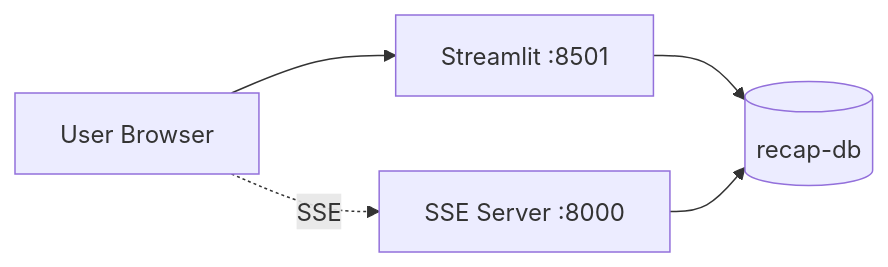
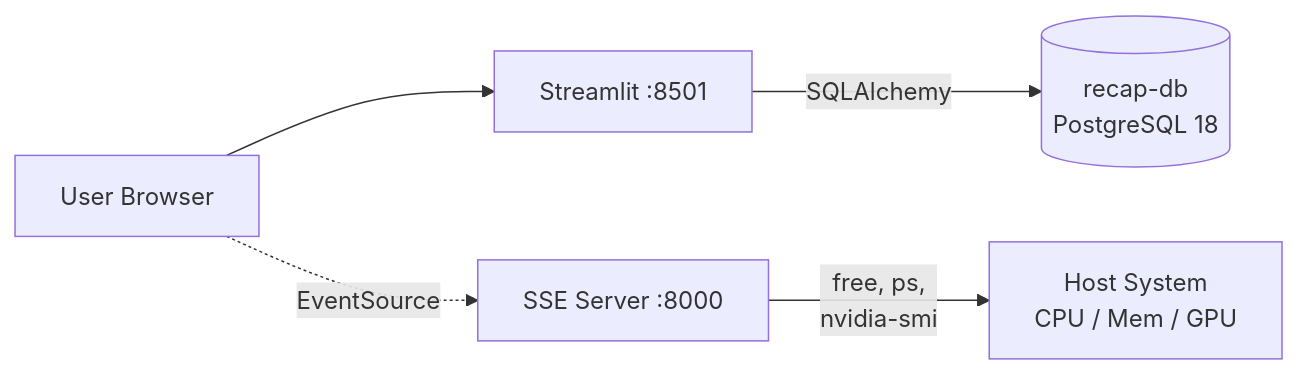
The diagram in docs/services/dashboard.md (Kaikei-e/Alt), drawn with Mermaid before and after one commit. The commit also changed other lines of this file and 29 other files, not shown here.

````diff
--- a/docs/services/dashboard.md
+++ b/docs/services/dashboard.md
@@ -26,12 +46,13 @@
 ```mermaid
 flowchart LR
     User[User Browser]
     ST[Streamlit :8501]
     SSE[SSE Server :8000]
-    RDB[(recap-db)]
+    RDB[(recap-db<br/>PostgreSQL 18)]
+    Host[Host System<br/>CPU / Mem / GPU]
 
     User --> ST
-    ST --> RDB
-    User -.->|SSE| SSE
-    SSE --> RDB
+    ST -->|SQLAlchemy| RDB
+    User -.->|EventSource| SSE
+    SSE -->|free, ps,<br/>nvidia-smi| Host
 ```
````
